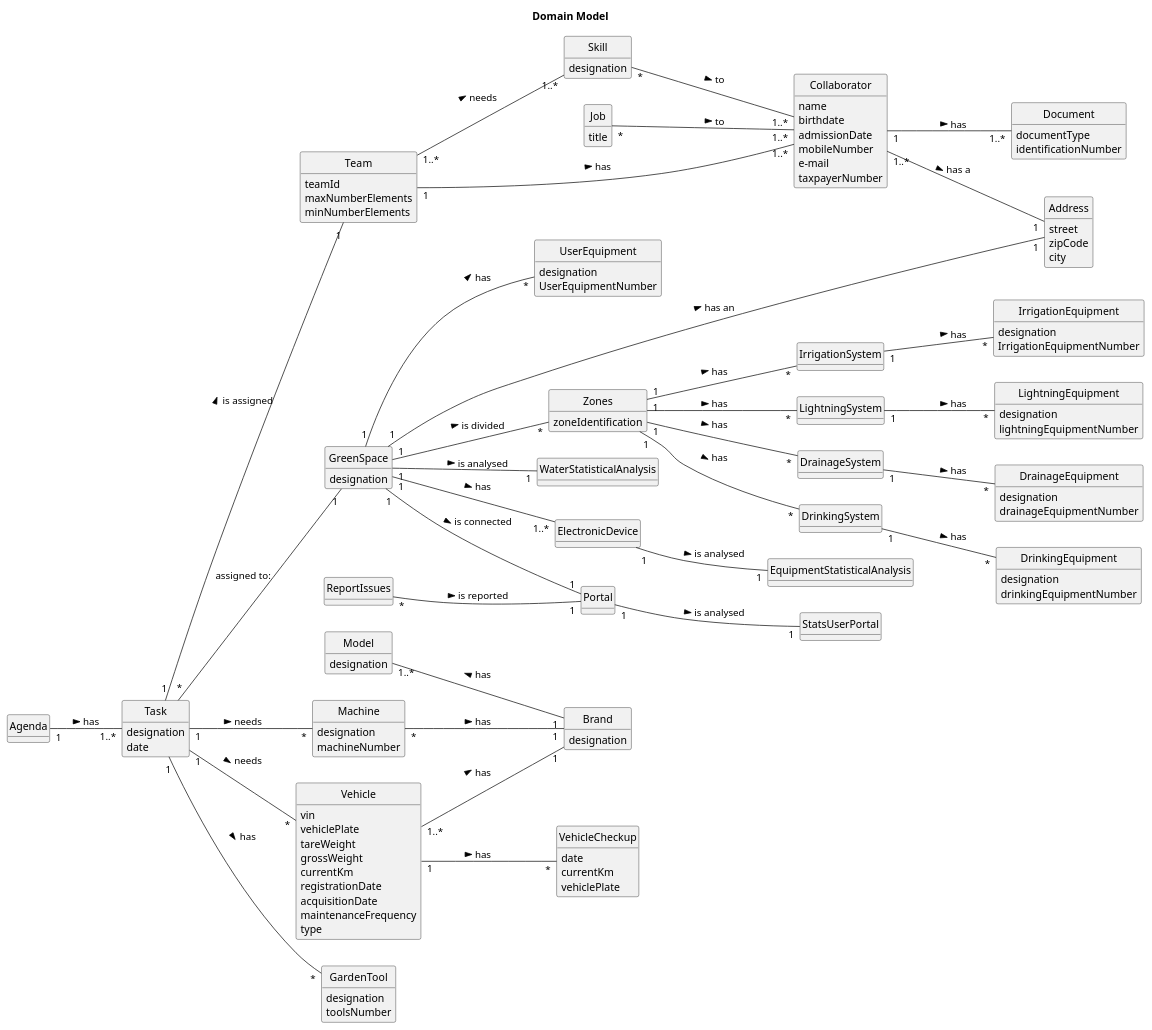
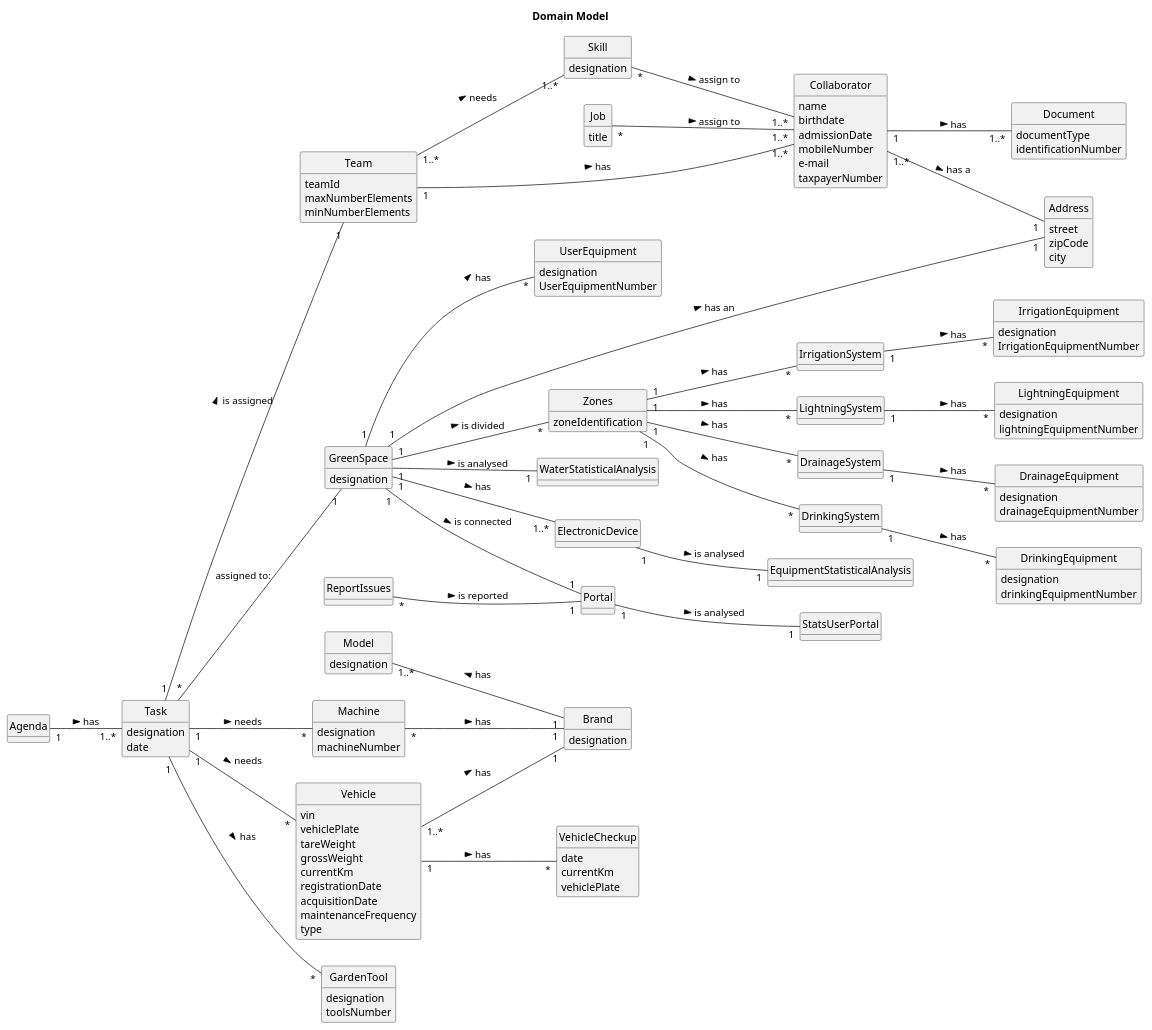
One commit to ricardomm7/leaflink changed the diagram in docs/sprintB/global-artifacts/02.analysis/puml/project-domain-model.puml. Above: the diagram before and after it, drawn with PlantUML. The commit also changed 3 other files, not shown here.

```diff
--- a/docs/sprintB/global-artifacts/02.analysis/puml/project-domain-model.puml
+++ b/docs/sprintB/global-artifacts/02.analysis/puml/project-domain-model.puml
@@ -160,9 +160,9 @@
 
 Collaborator "1" -- "1..*" Document : has >
 
-Job "*" -- "1..*" Collaborator : to >
+Job "*" -- "1..*" Collaborator : assign to >
 
-Skill "*" -- "1..*" Collaborator : to >
+Skill "*" -- "1..*" Collaborator : assign to >
 
 Team "1..*" -- "1..*" Skill : needs >
 
```
